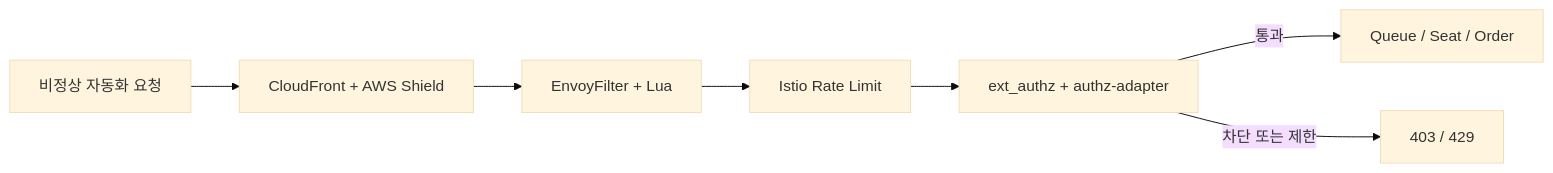
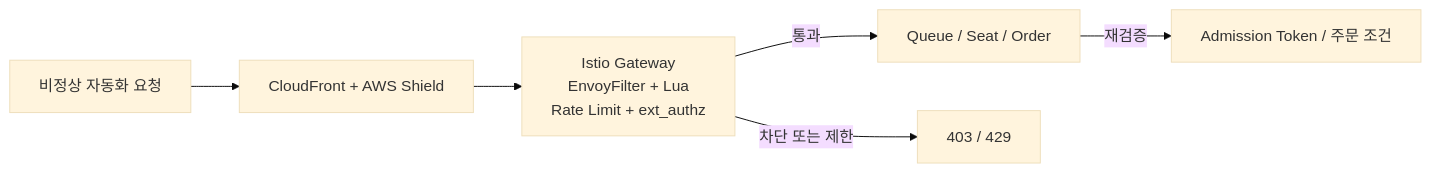
The diagram in docs/content/security/bot-defense.md (goorm-gongbang/001-finalPR), drawn with Mermaid (base theme) before and after one commit. The commit also changed other lines of this file and 4 other files, not shown here.

````diff
--- a/docs/content/security/bot-defense.md
+++ b/docs/content/security/bot-defense.md
@@ -9,9 +9,8 @@
 ```mermaid
 flowchart LR
-    BOT[비정상 자동화 요청] --> EDGE[CloudFront + AWS Shield]
-    EDGE --> WAF[EnvoyFilter + Lua]
-    WAF --> LIMIT[Istio Rate Limit]
-    LIMIT --> AUTHZ[ext_authz + authz-adapter]
-    AUTHZ -->|통과| APP[Queue / Seat / Order]
-    AUTHZ -->|차단 또는 제한| BLOCK[403 / 429]
+    BOT["비정상 자동화 요청"] --> EDGE["CloudFront + AWS Shield"]
+    EDGE --> GATEWAY["Istio Gateway<br/>EnvoyFilter + Lua<br/>Rate Limit + ext_authz"]
+    GATEWAY -->|통과| APP["Queue / Seat / Order"]
+    GATEWAY -->|차단 또는 제한| BLOCK["403 / 429"]
+    APP -->|재검증| TOKEN["Admission Token / 주문 조건"]
 ```
````
